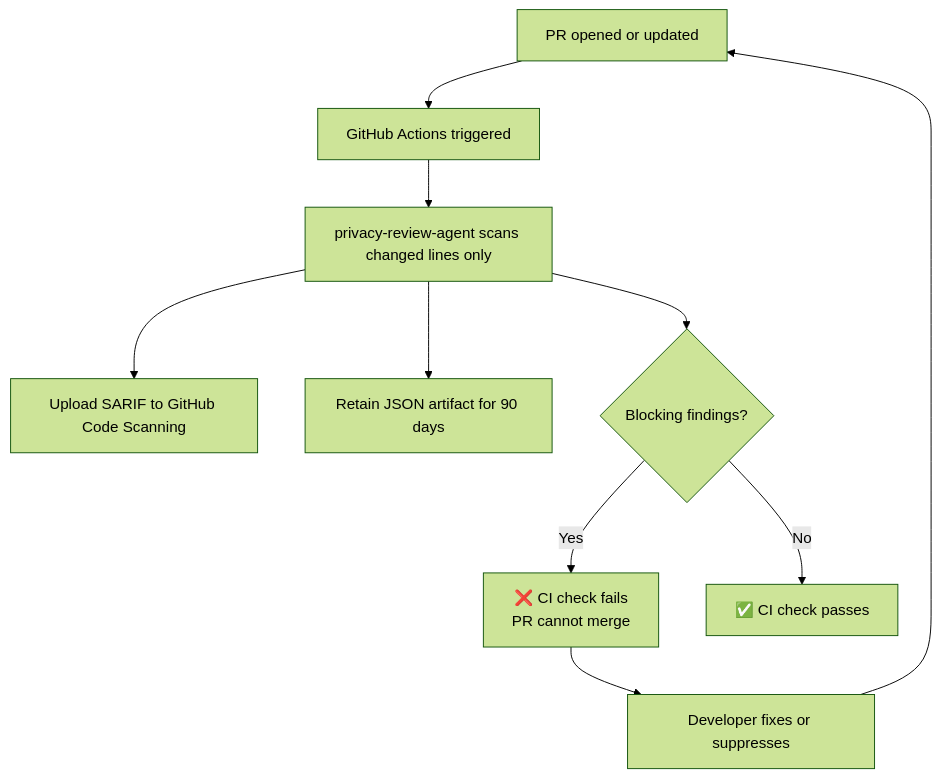
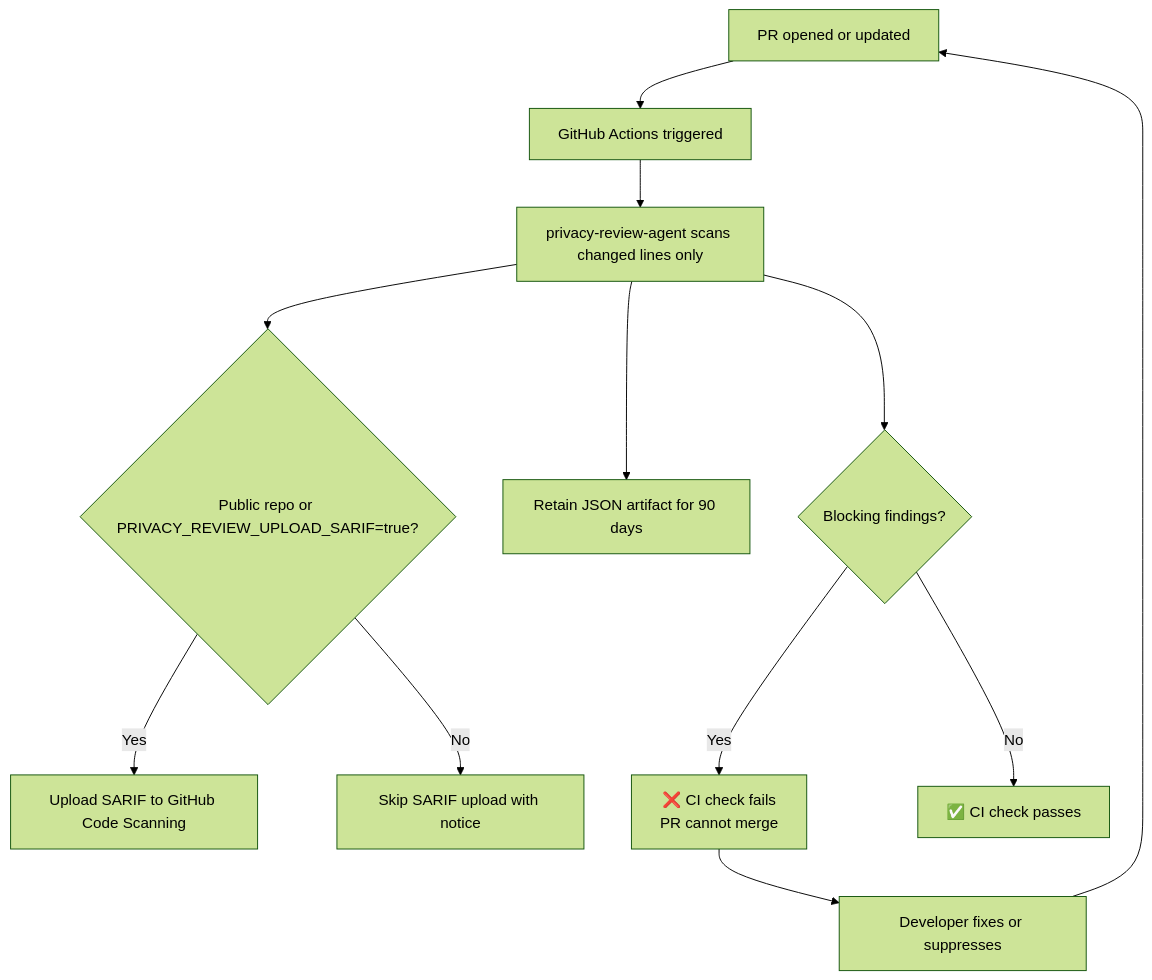
Before and after one commit to mukta2701/privacy-review-agent: the sixth of 6 diagrams in README.md, drawn with Mermaid (forest theme). The commit also changed other lines of this file and 1 other file, not shown here.

Commit message:
Document conditional SARIF upload in README and ARCHITECTURE

````diff
--- a/README.md
+++ b/README.md
@@ -472,12 +472,14 @@
 ```mermaid
 flowchart TD
     A[PR opened or updated] --> B[GitHub Actions triggered]
     B --> C[privacy-review-agent scans changed lines only]
-    C --> D[Upload SARIF to GitHub Code Scanning]
+    C --> D{Public repo or PRIVACY_REVIEW_UPLOAD_SARIF=true?}
+    D -- Yes --> D1[Upload SARIF to GitHub Code Scanning]
+    D -- No --> D2[Skip SARIF upload with notice]
     C --> E[Retain JSON artifact for 90 days]
     C --> F{Blocking findings?}
     F -- Yes --> G[❌ CI check fails\nPR cannot merge]
     F -- No --> H[✅ CI check passes]
     G --> I[Developer fixes or suppresses]
     I --> A
 ```
````
